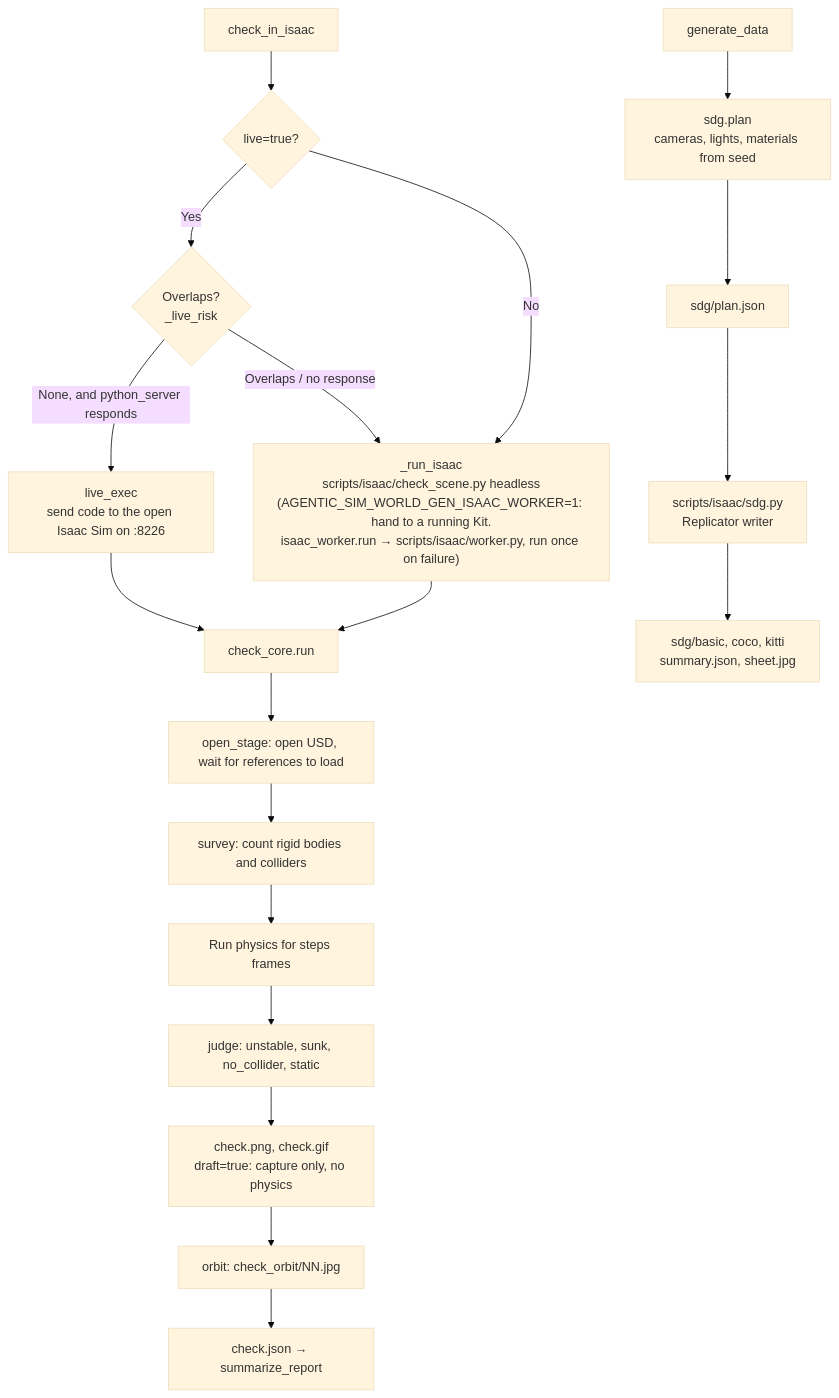
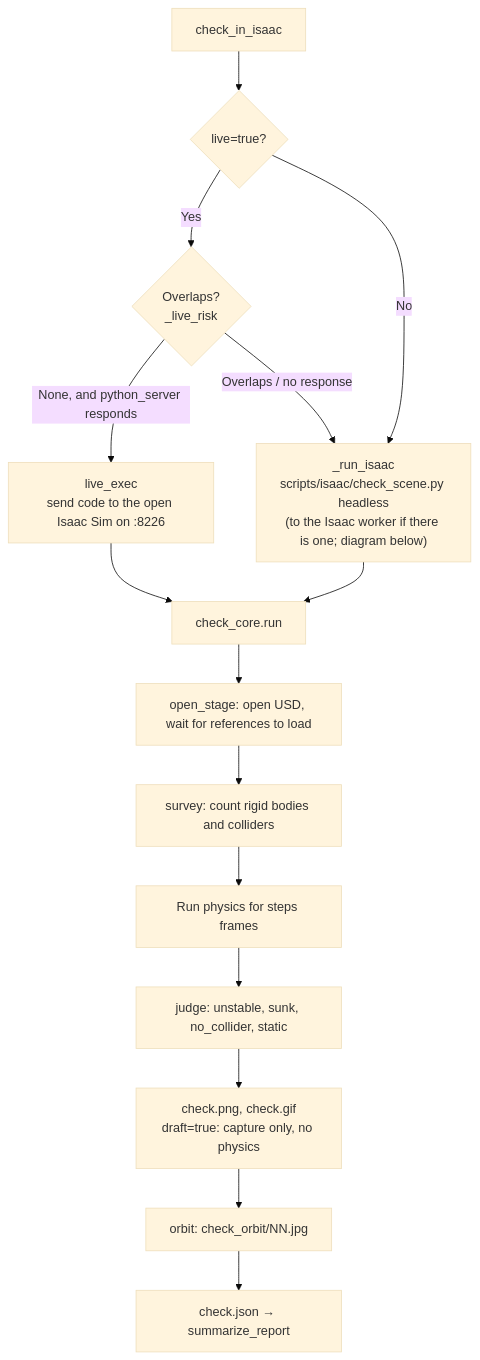
Before and after one commit to atinfinity/agentic-sim-world-gen: the eighth of 13 diagrams in docs/en/architecture.md, drawn with Mermaid (base theme). The commit also changed other lines of this file and 9 other files, not shown here.

First line of the commit message:
docs: clearer prose, fixed stale facts, more diagrams and tables

````diff
--- a/docs/en/architecture.md
+++ b/docs/en/architecture.md
@@ -358,22 +475,17 @@
 ```mermaid
 flowchart TD
     call["check_in_isaac"] --> live{"live=true?"}
     live -->|"Yes"| risk{"Overlaps?<br/>_live_risk"}
     risk -->|"None, and python_server responds"| lx["live_exec<br/>send code to the open Isaac Sim on :8226"]
     risk -->|"Overlaps / no response"| hl
-    live -->|"No"| hl["_run_isaac<br/>scripts/isaac/check_scene.py headless<br/>(AGENTIC_SIM_WORLD_GEN_ISAAC_WORKER=1: hand to a running Kit.<br/>isaac_worker.run → scripts/isaac/worker.py, run once on failure)"]
+    live -->|"No"| hl["_run_isaac<br/>scripts/isaac/check_scene.py headless<br/>(to the Isaac worker if there is one; diagram below)"]
     lx --> core["check_core.run"]
     hl --> core
     core --> s1["open_stage: open USD, wait for references to load"]
     s1 --> s2["survey: count rigid bodies and colliders"]
     s2 --> s3["Run physics for steps frames"]
     s3 --> s4["judge: unstable, sunk, no_collider, static"]
     s4 --> s5["check.png, check.gif<br/>draft=true: capture only, no physics"]
     s5 --> s6["orbit: check_orbit/NN.jpg"]
     s6 --> rep["check.json → summarize_report"]
-
-    gen["generate_data"] --> sp["sdg.plan<br/>cameras, lights, materials from seed"]
-    sp --> pj["sdg/plan.json"]
-    pj --> rs["scripts/isaac/sdg.py<br/>Replicator writer"]
-    rs --> out["sdg/basic, coco, kitti<br/>summary.json, sheet.jpg"]
 ```
````
